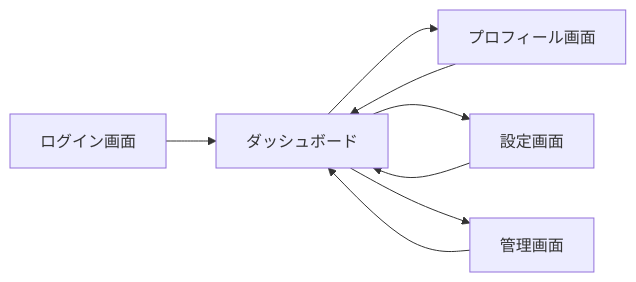
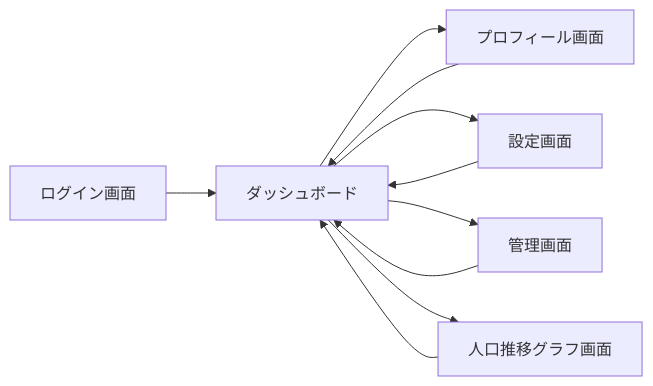
Before and after one commit to hironaito/codeing-check: the second of 2 diagrams in docs/05_design/ui/screen_design.md, drawn with Mermaid. The commit also changed other lines of this file and 1 other file, not shown here.

````diff
--- a/docs/05_design/ui/screen_design.md
+++ b/docs/05_design/ui/screen_design.md
@@ -22,10 +23,12 @@
 ```mermaid
 graph LR
     A[ログイン画面] --> B[ダッシュボード]
     B --> C[プロフィール画面]
     B --> D[設定画面]
     B --> E[管理画面]
+    B --> F[人口推移グラフ画面]
     C --> B
     D --> B
     E --> B
+    F --> B
 ```
````
